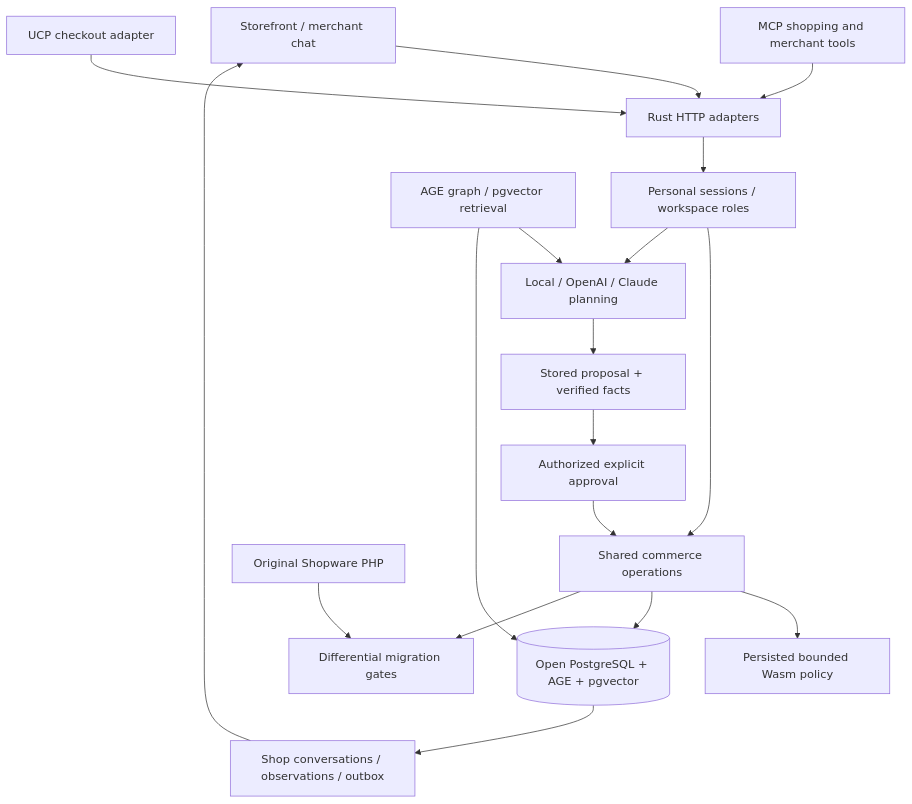
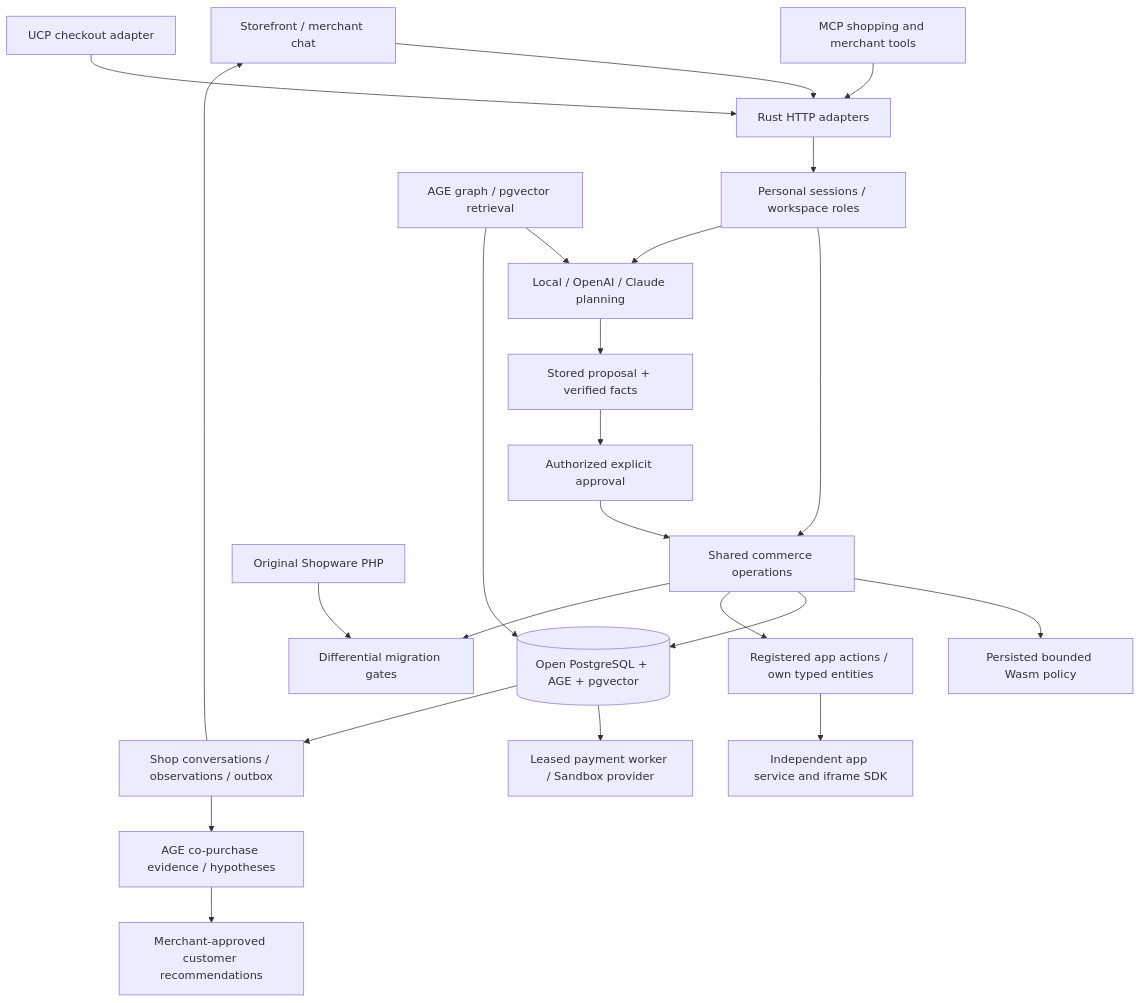
Before and after one commit to sthamann/rust-ai-commerce: the diagram in README.md, drawn with Mermaid. The commit also changed other lines of this file and 102 other files, not shown here.

Commit message:
Connect evidenced shop memory, versioned apps and durable sandbox payments

````diff
--- a/README.md
+++ b/README.md
@@ -275,20 +312,25 @@
 ```mermaid
 flowchart TD
   UI[Storefront / merchant chat] --> API[Rust HTTP adapters]
   MCP[MCP shopping and merchant tools] --> API
   UCP[UCP checkout adapter] --> API
   API --> AUTH[Personal sessions / workspace roles]
   AUTH --> CORE[Shared commerce operations]
   AUTH --> PLAN[Local / OpenAI / Claude planning]
   GRAPH[AGE graph / pgvector retrieval] --> PLAN
   PLAN --> PREVIEW[Stored proposal + verified facts]
   PREVIEW --> APPROVAL[Authorized explicit approval]
   APPROVAL --> CORE
   CORE --> WASM[Persisted bounded Wasm policy]
   CORE --> DB[(Open PostgreSQL + AGE + pgvector)]
   GRAPH --> DB
+  CORE --> APPS[Registered app actions / own typed entities]
+  APPS --> SERVICE[Independent app service and iframe SDK]
+  DB --> PAY[Leased payment worker / Sandbox provider]
   DB --> MEMORY[Shop conversations / observations / outbox]
+  MEMORY --> EVIDENCE[AGE co-purchase evidence / hypotheses]
+  EVIDENCE --> APPROVED[Merchant-approved customer recommendations]
   MEMORY --> UI
   REF[Original Shopware PHP] --> DIFF[Differential migration gates]
   CORE --> DIFF
 ```
````
